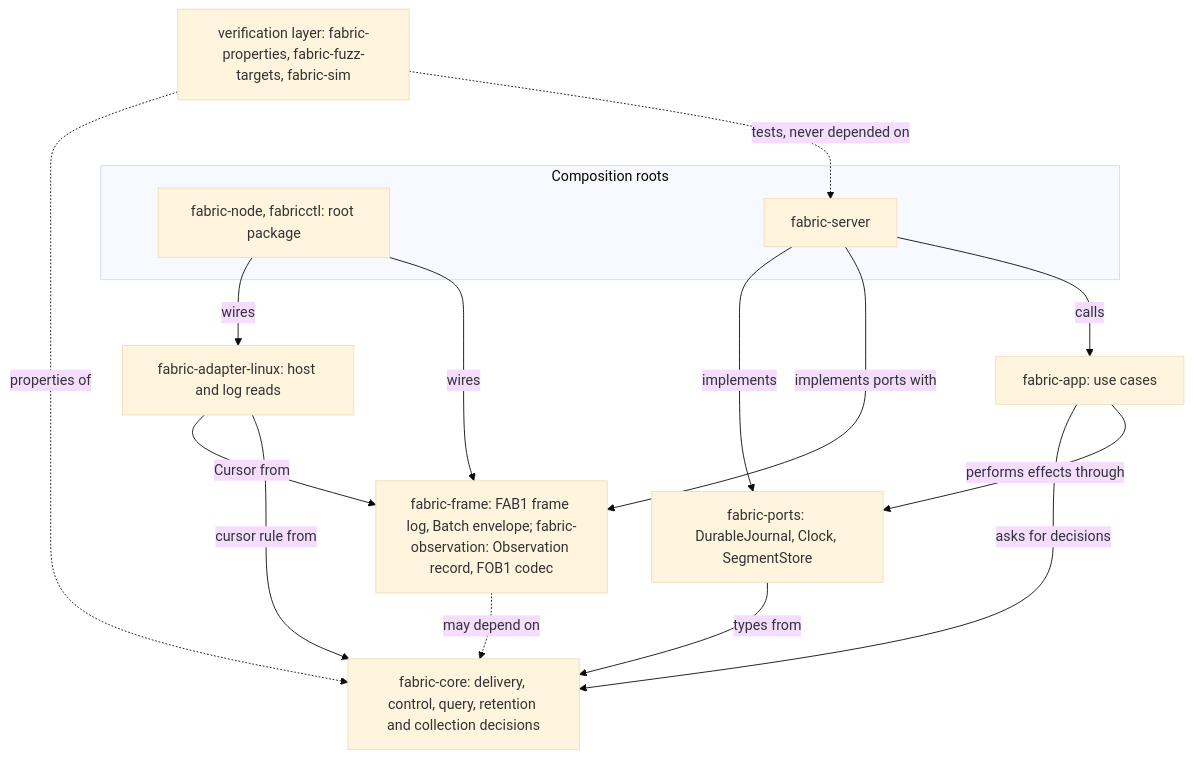
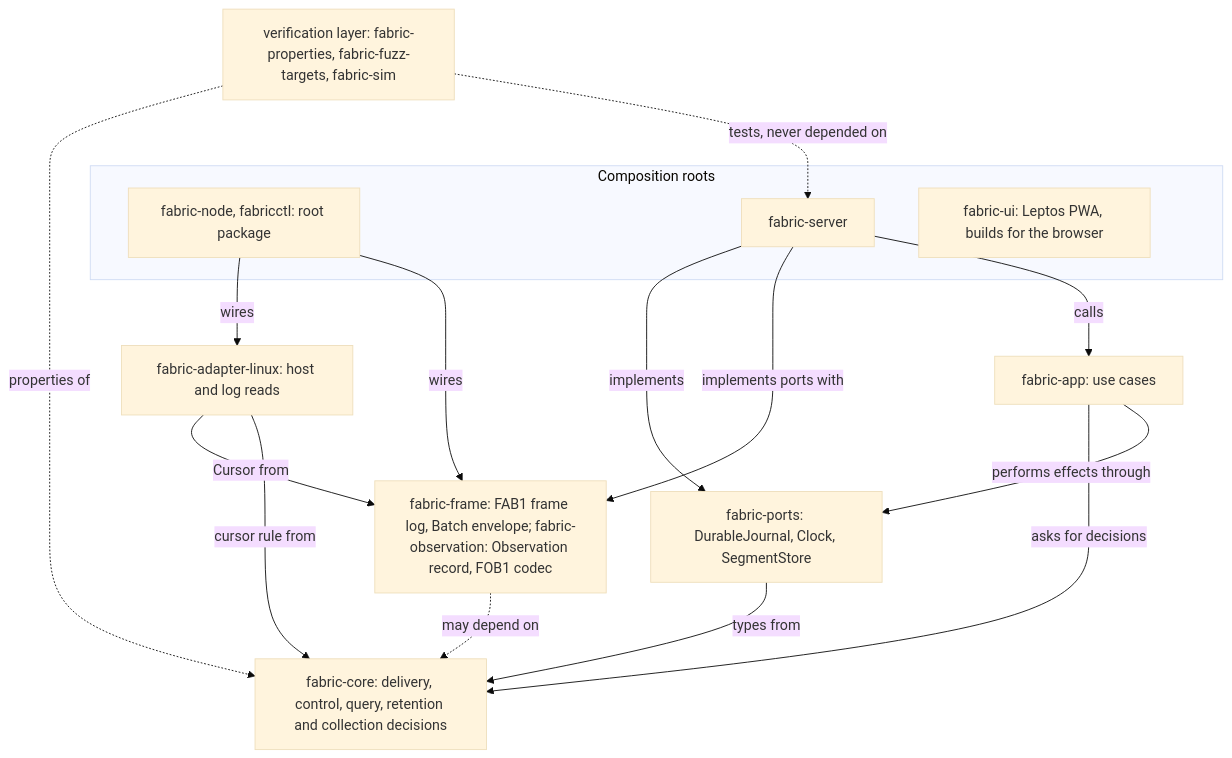
The diagram in docs/diagrams/layers.mmd (kmosoti/FabricO11y), drawn with Mermaid (base theme) before and after one commit. The commit also changed 12 other files, not shown here.

```diff
--- a/docs/diagrams/layers.mmd
+++ b/docs/diagrams/layers.mmd
@@ -1,24 +1,25 @@
 flowchart TB
     subgraph Roots[Composition roots]
         Node[fabric-node, fabricctl: root package]
         Server[fabric-server]
+        Ui[fabric-ui: Leptos PWA, builds for the browser]
     end
     App[fabric-app: use cases]
     Ports[fabric-ports: DurableJournal, Clock, SegmentStore]
     Support[fabric-frame: FAB1 frame log, Batch envelope; fabric-observation: Observation record, FOB1 codec]
     Linux[fabric-adapter-linux: host and log reads]
     Core[fabric-core: delivery, control, query, retention and collection decisions]
     Verify[verification layer: fabric-properties, fabric-fuzz-targets, fabric-sim]
     Node -->|wires| Support
     Node -->|wires| Linux
     Linux -->|cursor rule from| Core
     Linux -->|Cursor from| Support
     Server -->|calls| App
     Server -->|implements ports with| Support
     Server -->|implements| Ports
     App -->|performs effects through| Ports
     App -->|asks for decisions| Core
     Ports -->|types from| Core
     Support -.->|may depend on| Core
     Verify -.->|tests, never depended on| Server
     Verify -.->|properties of| Core
```
